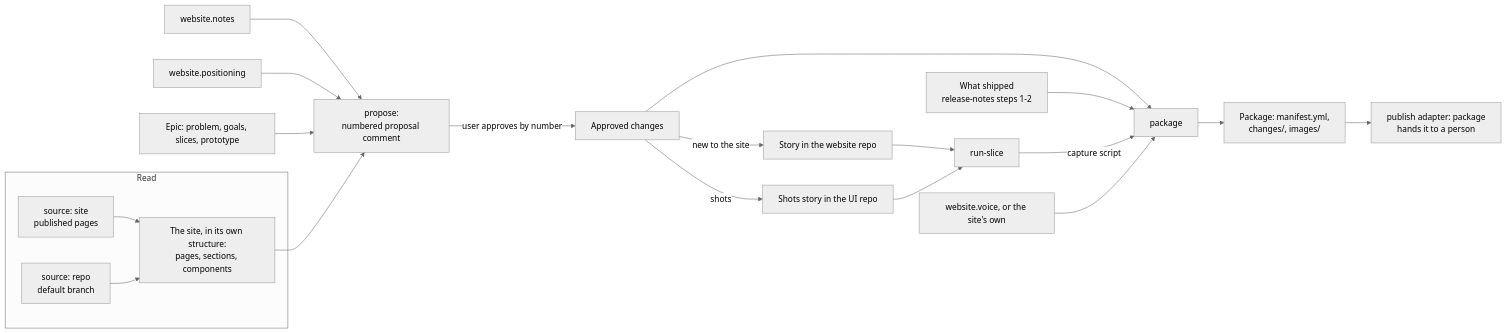
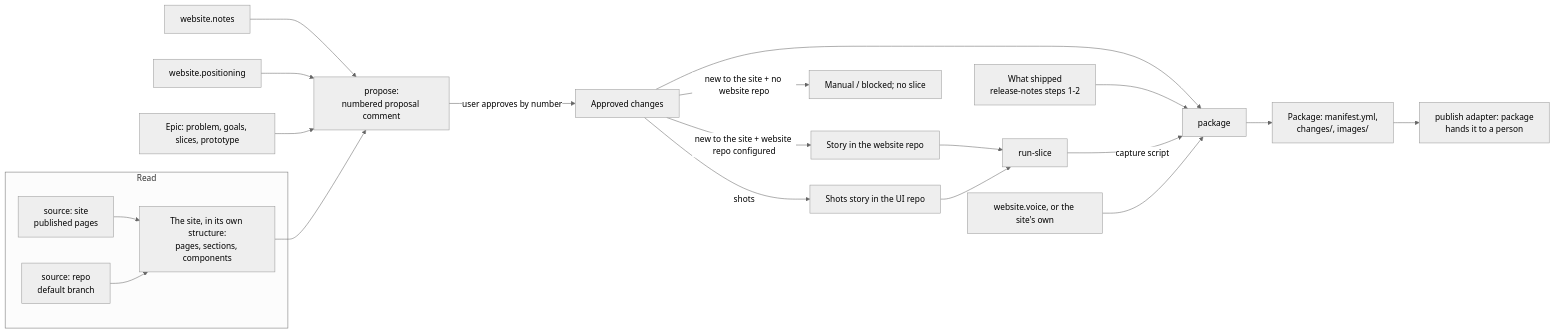
Before and after one commit to Beakpoint-Insights/roost: the diagram in docs/design/issue-125-website-content.md, drawn with Mermaid (neutral theme). The commit also changed other lines of this file, not shown here.

Commit message:
Clarify website repo approval routing

````diff
--- a/docs/design/issue-125-website-content.md
+++ b/docs/design/issue-125-website-content.md
@@ -16,22 +16,23 @@
 ```mermaid
 flowchart LR
   subgraph Read
     S1[source: site<br/>published pages] --> V[The site, in its own structure:<br/>pages, sections, components]
     S2[source: repo<br/>default branch] --> V
   end
   N[website.notes] --> P
   POS[website.positioning] --> P
   E[Epic: problem, goals, slices, prototype] --> P
   V --> P[propose:<br/>numbered proposal comment]
   P -->|user approves by number| A[Approved changes]
-  A -->|new to the site| ST1[Story in the website repo]
+  A -->|new to the site + website repo configured| ST1[Story in the website repo]
+  A -->|new to the site + no website repo| MB[Manual / blocked; no slice]
   A -->|shots| ST2[Shots story in the UI repo]
   ST1 --> RS[run-slice]
   ST2 --> RS
   A --> K[package]
   SH[What shipped<br/>release-notes steps 1-2] --> K
   RS -->|capture script| K
   VO[website.voice, or the site's own] --> K
   K --> PK[Package: manifest.yml,<br/>changes/, images/]
   PK --> PUB[publish adapter: package<br/>hands it to a person]
 ```
````
